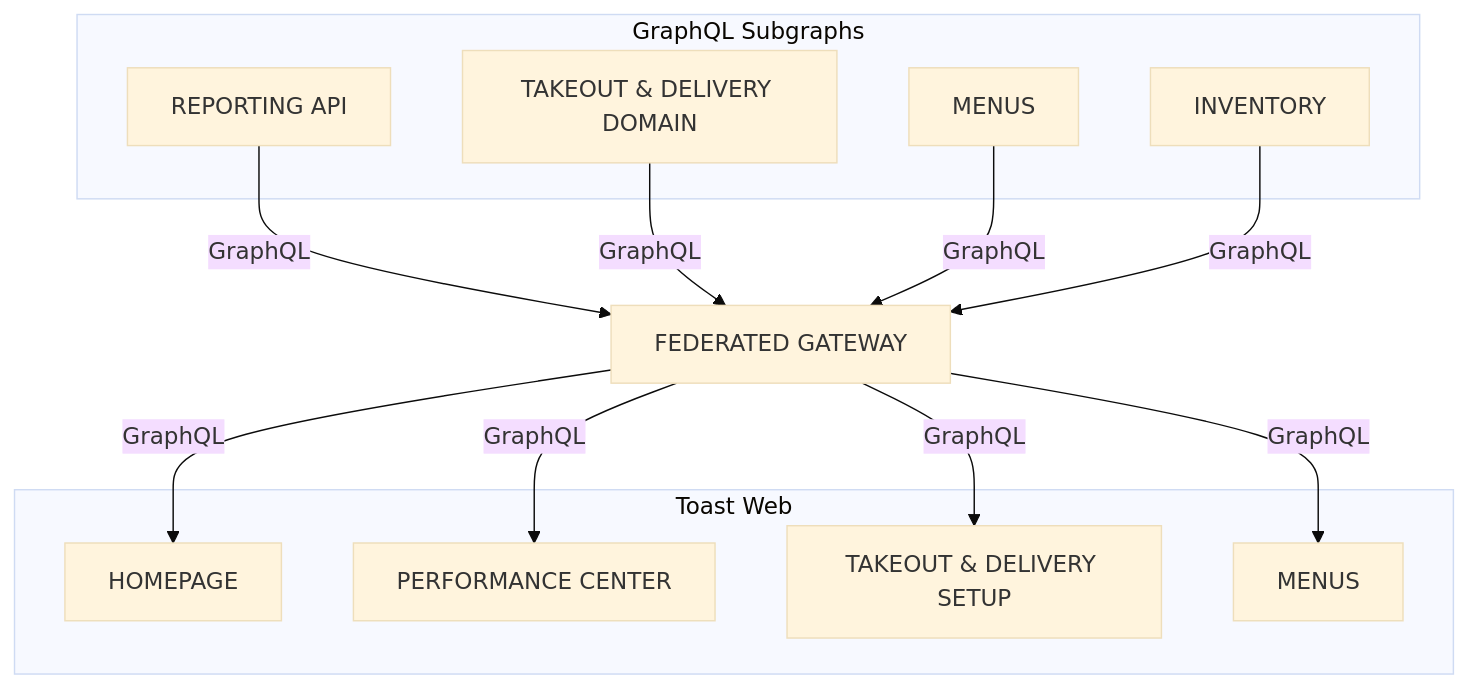
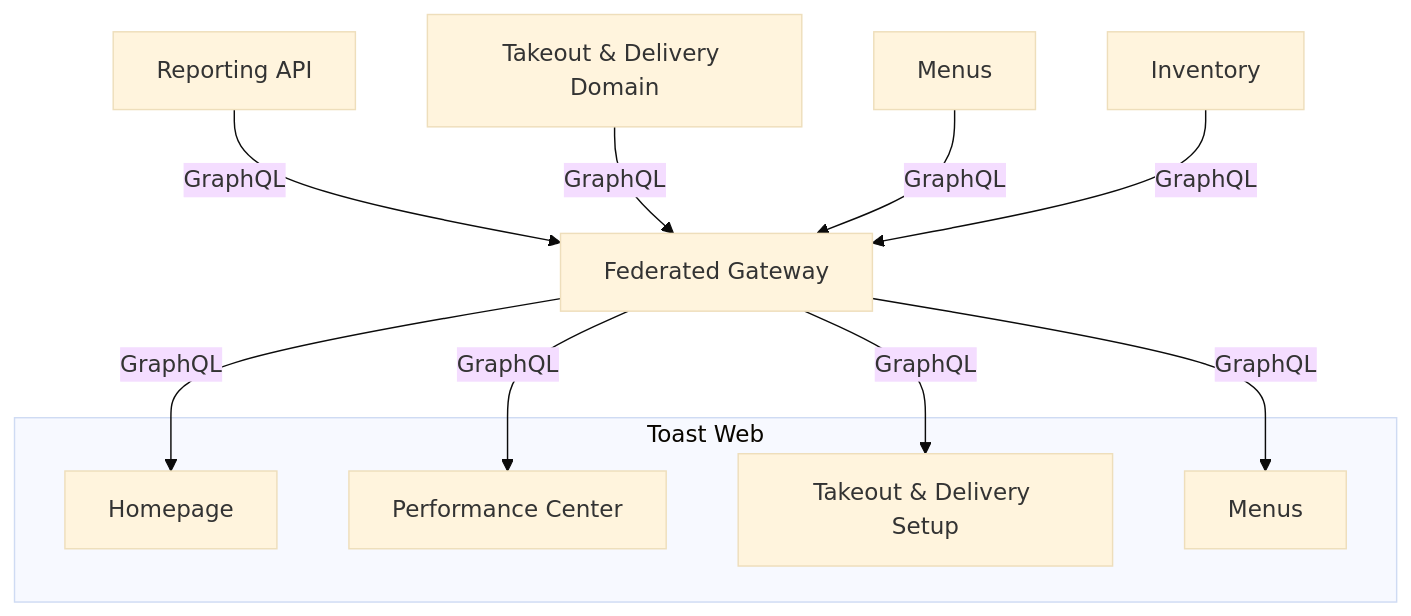
The second of 2 diagrams in packages/web/docs/src/app/case-studies/(posts)/toast/page.mdx (graphql-hive/console), drawn with Mermaid (base theme) before and after one commit. The commit also changed other lines of this file and 1 other file, not shown here.

Commit message:
Update Mermaid charts

````diff
--- a/packages/web/docs/src/app/case-studies/(posts)/toast/page.mdx
+++ b/packages/web/docs/src/app/case-studies/(posts)/toast/page.mdx
@@ -332,28 +328,26 @@
 ```mermaid
 flowchart TB
-  subgraph Subgraphs["GraphQL Subgraphs"]
-    reporting["REPORTING API"]
-    takeout_domain["TAKEOUT & DELIVERY DOMAIN"]
-    menus_service["MENUS"]
-    inventory["INVENTORY"]
-  end
+  reporting["Reporting API"]
+  takeout_domain["Takeout & Delivery Domain"]
+  menus_service["Menus"]
+  inventory["Inventory"]
 
-  gateway["FEDERATED GATEWAY"]
+  gateway["Federated Gateway"]
 
   subgraph ToastWeb["Toast Web"]
-    homepage["HOMEPAGE"]
-    performance_center["PERFORMANCE CENTER"]
-    takeout_setup["TAKEOUT & DELIVERY SETUP"]
-    menus_app["MENUS"]
+    homepage["Homepage"]
+    performance_center["Performance Center"]
+    takeout_setup["Takeout & Delivery Setup"]
+    menus_app["Menus"]
   end
 
   reporting -- "GraphQL" --> gateway
   takeout_domain -- "GraphQL" --> gateway
   menus_service -- "GraphQL" --> gateway
   inventory -- "GraphQL" --> gateway
 
   gateway -- "GraphQL" --> homepage
   gateway -- "GraphQL" --> performance_center
   gateway -- "GraphQL" --> takeout_setup
   gateway -- "GraphQL" --> menus_app
 ```
````
